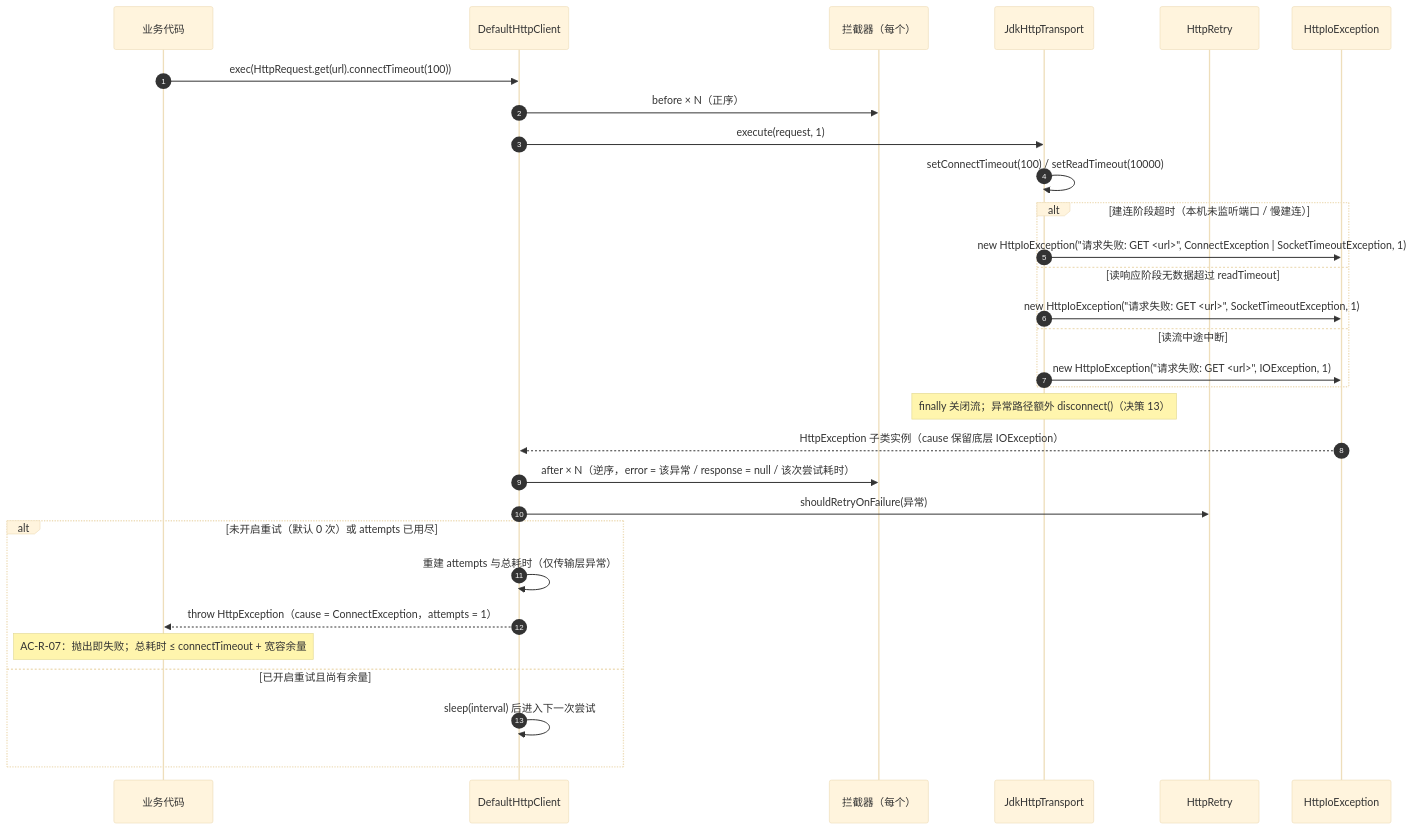
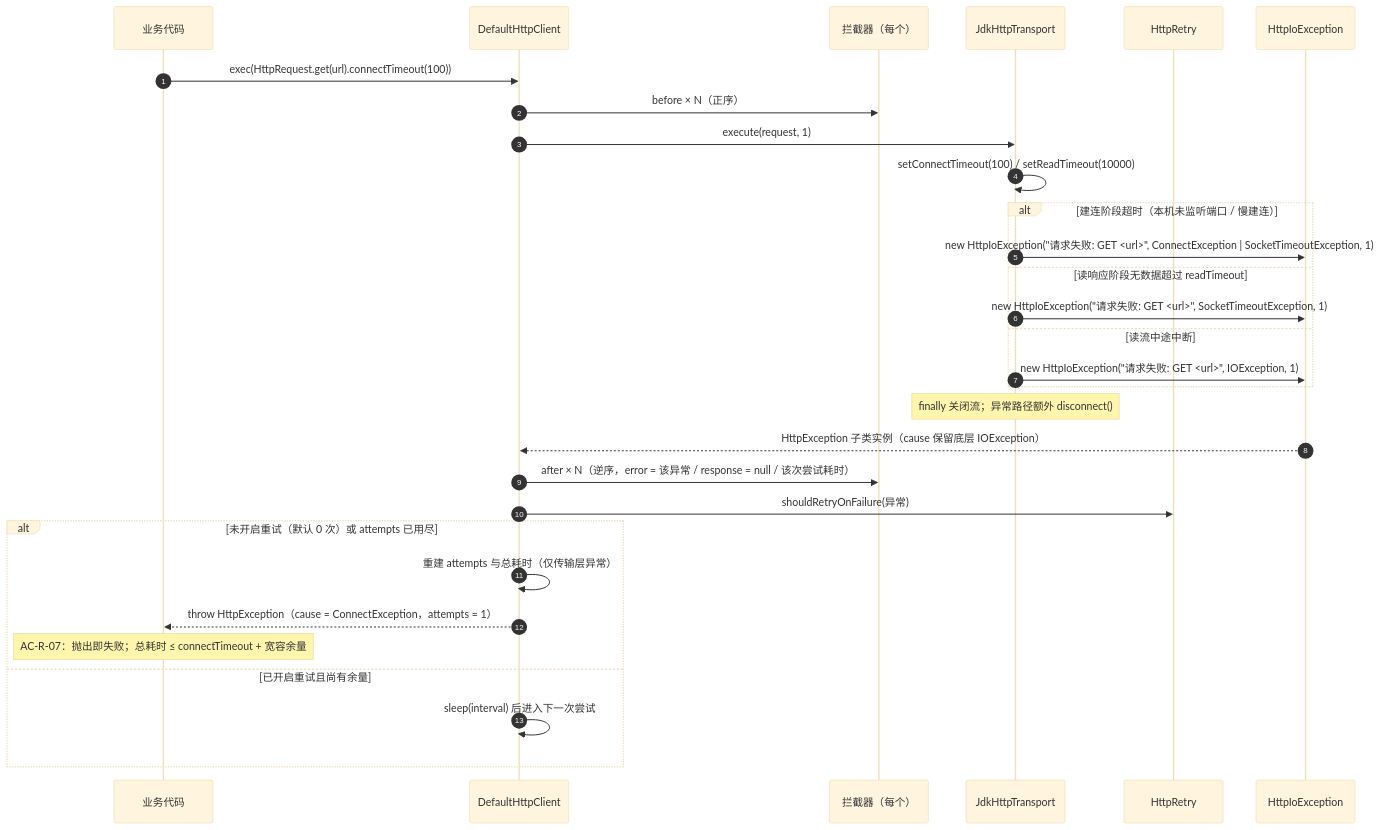
Before and after one commit to gollyhu/aifei-eco-modules: the fourth of 4 diagrams in aifei-http/docs/design.md, drawn with Mermaid (base theme). The commit also changed other lines of this file and 99 other files, not shown here.

````diff
--- a/aifei-http/docs/design.md
+++ b/aifei-http/docs/design.md
@@ -798,33 +742,33 @@
 ```mermaid
 sequenceDiagram
     autonumber
     participant Biz as 业务代码
     participant Client as DefaultHttpClient
     participant I as 拦截器（每个）
     participant T as JdkHttpTransport
     participant Retry as HttpRetry
     participant Ex as HttpIoException
 
     Biz->>Client: exec(HttpRequest.get(url).connectTimeout(100))
     Client->>I: before × N（正序）
     Client->>T: execute(request, 1)
     T->>T: setConnectTimeout(100) / setReadTimeout(10000)
     alt 建连阶段超时（本机未监听端口 / 慢建连）
         T->>Ex: new HttpIoException("请求失败: GET <url>", ConnectException | SocketTimeoutException, 1)
     else 读响应阶段无数据超过 readTimeout
         T->>Ex: new HttpIoException("请求失败: GET <url>", SocketTimeoutException, 1)
     else 读流中途中断
         T->>Ex: new HttpIoException("请求失败: GET <url>", IOException, 1)
     end
-    Note over T: finally 关闭流；异常路径额外 disconnect()（决策 13）
+    Note over T: finally 关闭流；异常路径额外 disconnect()
     Ex-->>Client: HttpException 子类实例（cause 保留底层 IOException）
     Client->>I: after × N（逆序，error = 该异常 / response = null / 该次尝试耗时）
     Client->>Retry: shouldRetryOnFailure(异常)
     alt 未开启重试（默认 0 次）或 attempts 已用尽
         Client->>Client: 重建 attempts 与总耗时（仅传输层异常）
         Client-->>Biz: throw HttpException（cause = ConnectException，attempts = 1）
         Note over Biz: AC-R-07：抛出即失败；总耗时 ≤ connectTimeout + 宽容余量
     else 已开启重试且尚有余量
         Client->>Client: sleep(interval) 后进入下一次尝试
     end
 ```
````
